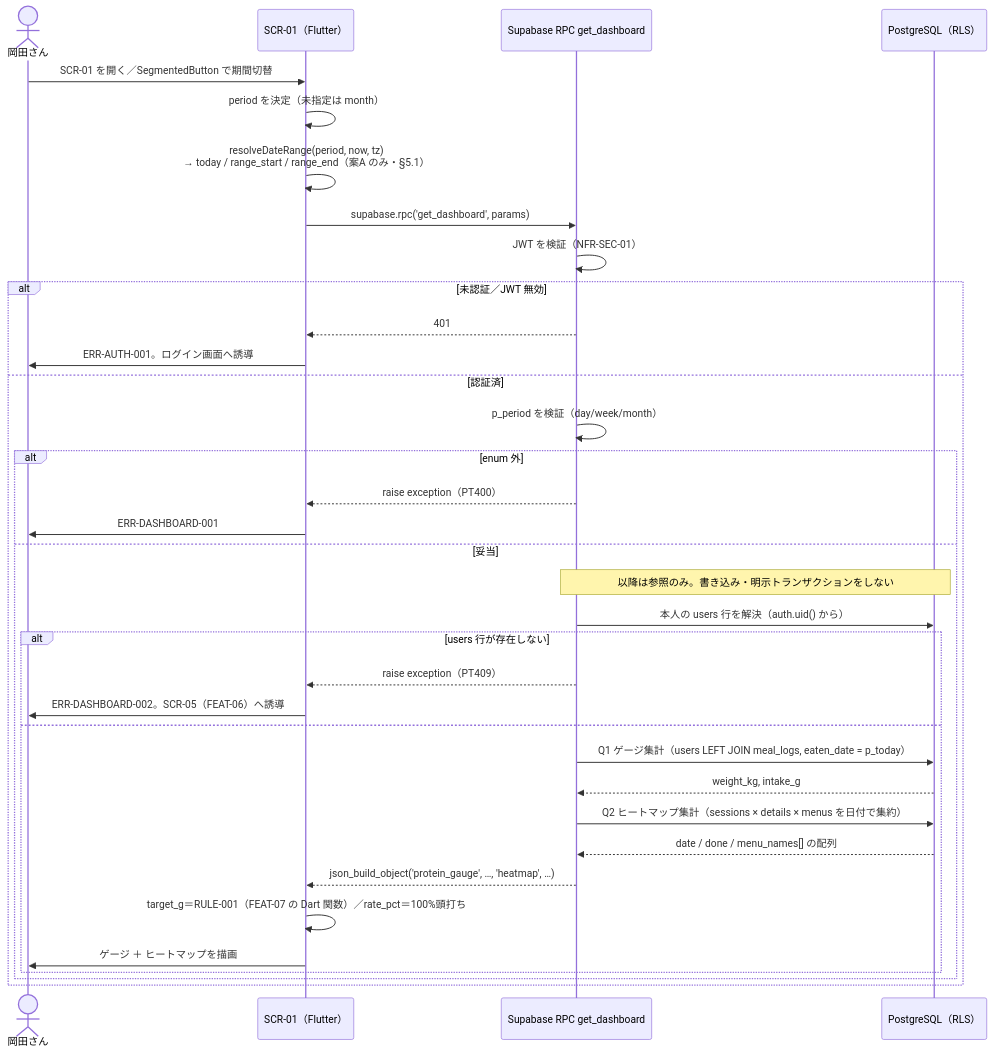
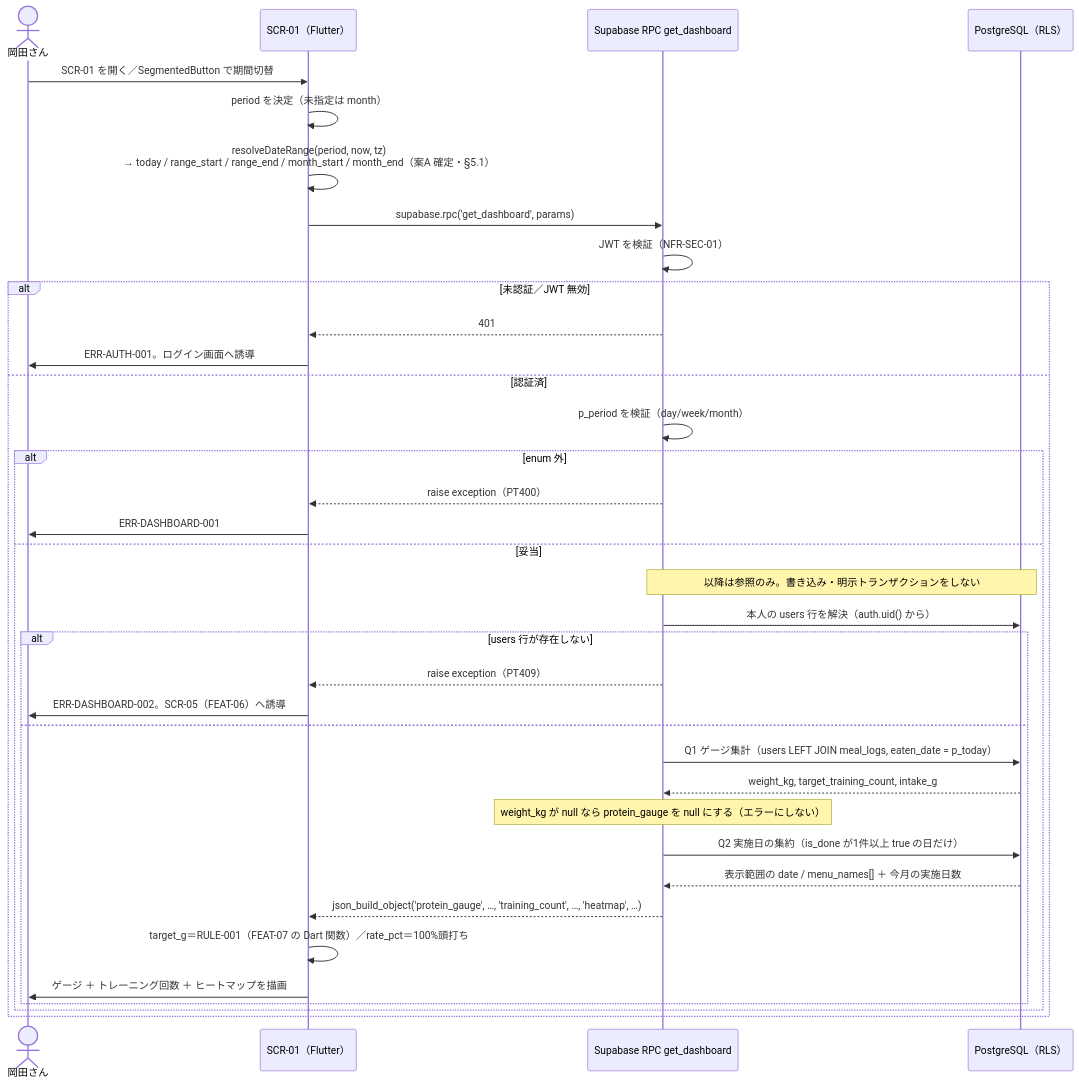
One commit to k-okada51/okada-fit changed the diagram in docs/02_設計/50_詳細設計/08_機能別詳細設計/FEAT-05_ダッシュボード.md. Above: the diagram before and after it, drawn with Mermaid. The commit also changed other lines of this file and 20 other files, not shown here.

````diff
--- a/docs/02_設計/50_詳細設計/08_機能別詳細設計/FEAT-05_ダッシュボード.md
+++ b/docs/02_設計/50_詳細設計/08_機能別詳細設計/FEAT-05_ダッシュボード.md
@@ -54,38 +57,39 @@
 ```mermaid
 sequenceDiagram
   actor U as 岡田さん
   participant F as SCR-01（Flutter）
   participant S as Supabase RPC get_dashboard
   participant D as PostgreSQL（RLS）
 
   U->>F: SCR-01 を開く／SegmentedButton で期間切替
   F->>F: period を決定（未指定は month）
-  F->>F: resolveDateRange(period, now, tz)<br/>→ today / range_start / range_end（案A のみ・§5.1）
+  F->>F: resolveDateRange(period, now, tz)<br/>→ today / range_start / range_end / month_start / month_end（案A 確定・§5.1）
   F->>S: supabase.rpc('get_dashboard', params)
   S->>S: JWT を検証（NFR-SEC-01）
   alt 未認証／JWT 無効
     S-->>F: 401
     F->>U: ERR-AUTH-001。ログイン画面へ誘導
   else 認証済
     S->>S: p_period を検証（day/week/month）
     alt enum 外
       S-->>F: raise exception（PT400）
       F->>U: ERR-DASHBOARD-001
     else 妥当
       Note over S,D: 以降は参照のみ。書き込み・明示トランザクションをしない
       S->>D: 本人の users 行を解決（auth.uid() から）
       alt users 行が存在しない
         S-->>F: raise exception（PT409）
         F->>U: ERR-DASHBOARD-002。SCR-05（FEAT-06）へ誘導
       else
         S->>D: Q1 ゲージ集計（users LEFT JOIN meal_logs, eaten_date = p_today）
-        D-->>S: weight_kg, intake_g
-        S->>D: Q2 ヒートマップ集計（sessions × details × menus を日付で集約）
-        D-->>S: date / done / menu_names[] の配列
-        S-->>F: json_build_object('protein_gauge', …, 'heatmap', …)
+        D-->>S: weight_kg, target_training_count, intake_g
+        Note over S: weight_kg が null なら protein_gauge を null にする（エラーにしない）
+        S->>D: Q2 実施日の集約（is_done が1件以上 true の日だけ）
+        D-->>S: 表示範囲の date / menu_names[] ＋ 今月の実施日数
+        S-->>F: json_build_object('protein_gauge', …, 'training_count', …, 'heatmap', …)
         F->>F: target_g＝RULE-001（FEAT-07 の Dart 関数）／rate_pct＝100%頭打ち
-        F->>U: ゲージ ＋ ヒートマップを描画
+        F->>U: ゲージ ＋ トレーニング回数 ＋ ヒートマップを描画
       end
     end
   end
 ```
````
